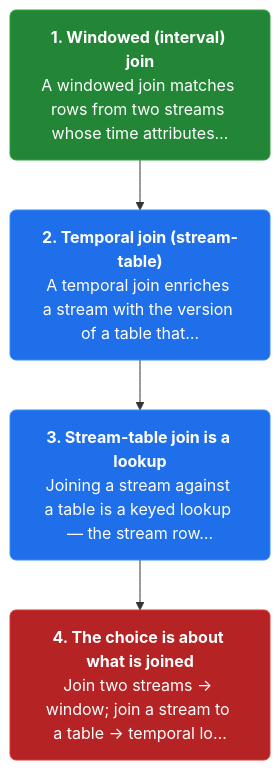
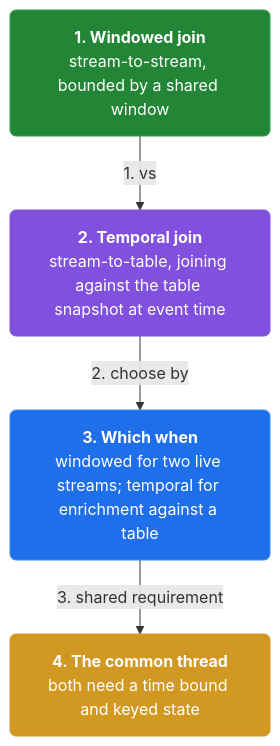
The second of 19 diagrams in docs/ch09-streaming-joins.md (vinayakuber/streaming-systems-study-guide), drawn with Mermaid before and after one commit. The commit also changed other lines of this file and 12 other files, not shown here.

First line of the commit message:
Author per-section and per-card mermaid diagrams (110 diagrams)

````diff
--- a/docs/ch09-streaming-joins.md
+++ b/docs/ch09-streaming-joins.md
@@ -52,13 +54,15 @@
 ```mermaid
 flowchart TD
-  classDef step fill:#1f6feb,color:#ffffff,stroke:#388bfd,stroke-width:1px,rx:6
+  classDef step fill:#1f6feb,color:#ffffff,stroke:#388bfd,rx:6
+  classDef core fill:#8250df,color:#ffffff,stroke:#8250df,rx:6
+  classDef warn fill:#d29922,color:#ffffff,stroke:#d29922,rx:6
   classDef start fill:#238636,color:#ffffff,stroke:#2ea043,rx:6
   classDef stop fill:#b62324,color:#ffffff,stroke:#da3633,rx:6
-  s1n0["<b>1. Windowed (interval) join</b><br/>A windowed join matches rows from two streams whose time attributes…"]:::start
-  s1n1["<b>2. Temporal join (stream-table)</b><br/>A temporal join enriches a stream with the version of a table that…"]:::step
-  s1n2["<b>3. Stream-table join is a lookup</b><br/>Joining a stream against a table is a keyed lookup — the stream row…"]:::step
-  s1n3["<b>4. The choice is about what is joined</b><br/>Join two streams -&gt; window; join a stream to a table -&gt; temporal lo…"]:::stop
-  s1n0 --> s1n1
-  s1n1 --> s1n2
-  s1n2 --> s1n3
+  n0["<b>1. Windowed join</b><br/>stream-to-stream, bounded by a shared window"]:::start
+  n1["<b>2. Temporal join</b><br/>stream-to-table, joining against the table snapshot at event time"]:::core
+  n2["<b>3. Which when</b><br/>windowed for two live streams; temporal for enrichment against a table"]:::step
+  n3["<b>4. The common thread</b><br/>both need a time bound and keyed state"]:::warn
+  n0 -->|"1. vs"| n1
+  n1 -->|"2. choose by"| n2
+  n2 -->|"3. shared requirement"| n3
 ```
````
